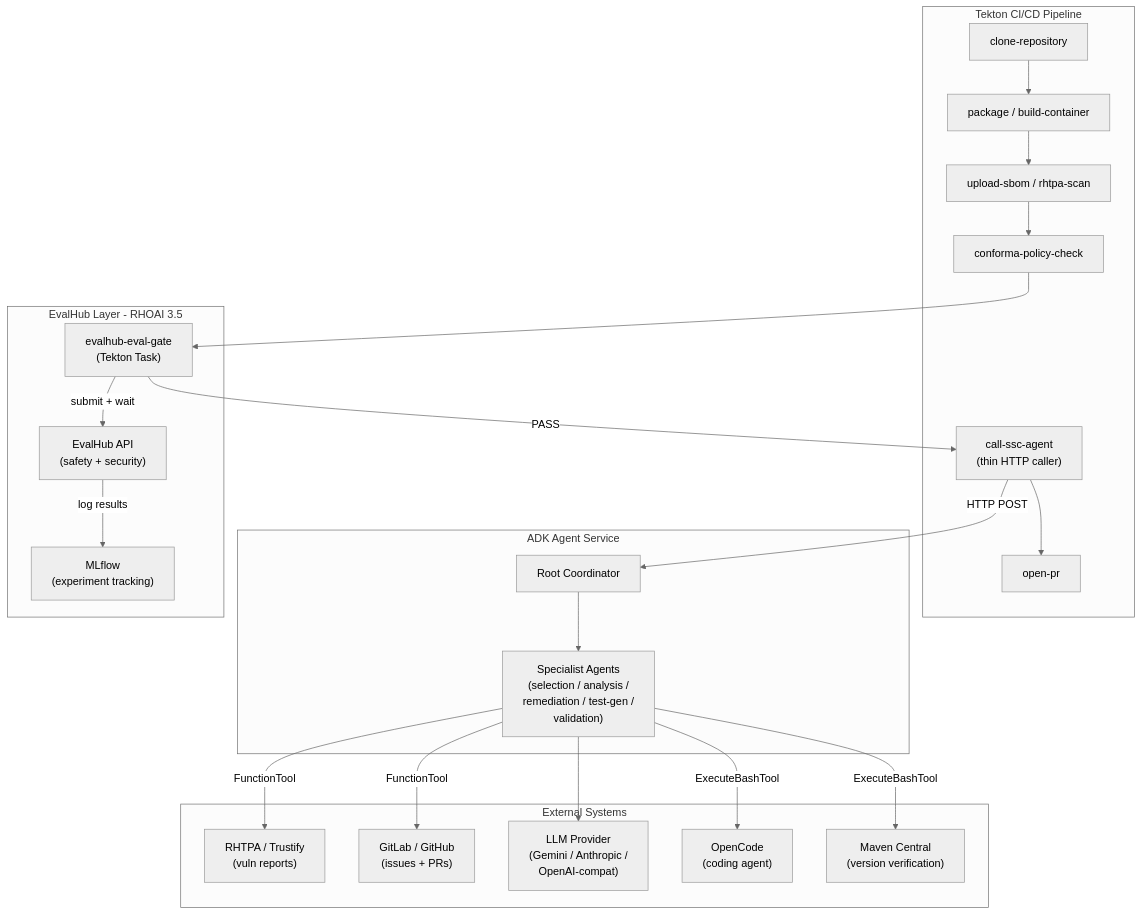
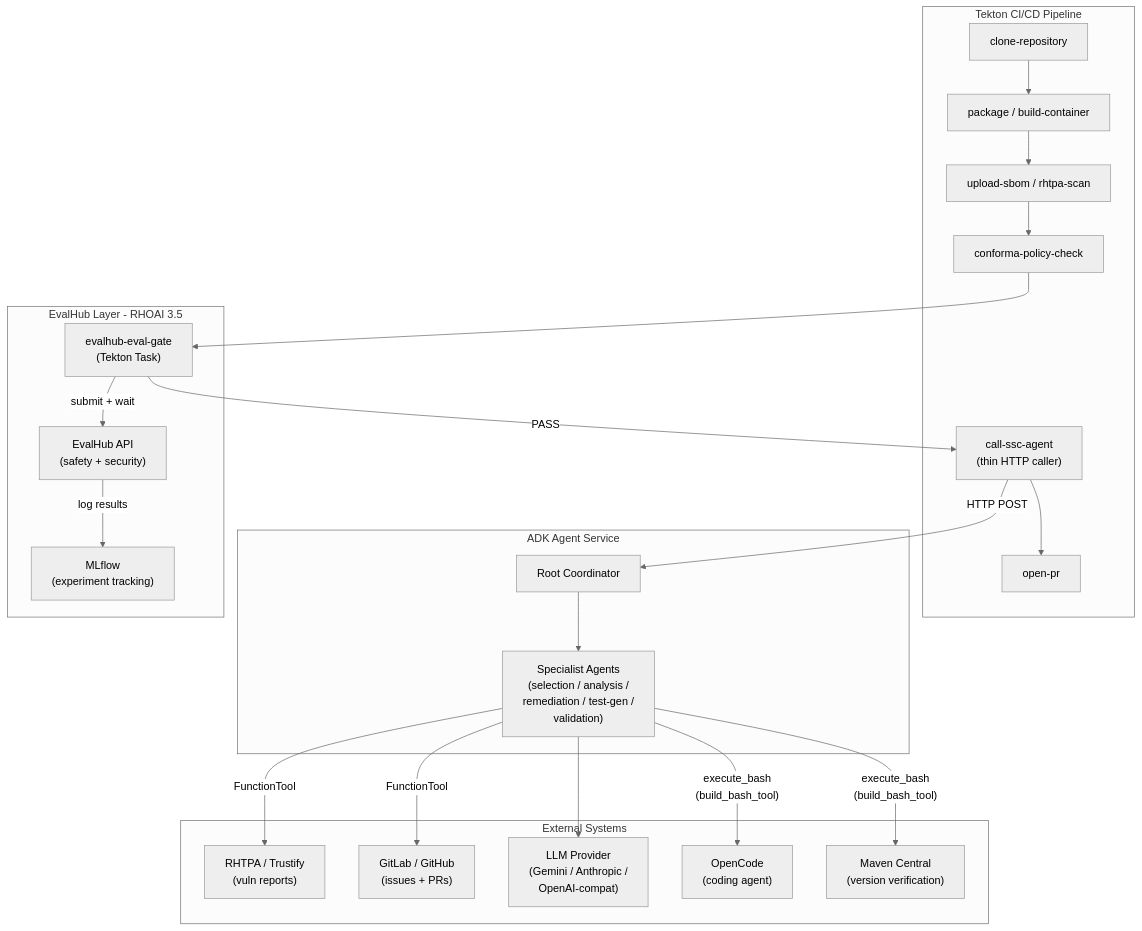
One commit to rrbanda/lw-agents changed the first of 13 diagrams in docs/architecture.md. Above: the diagram before and after it, drawn with Mermaid (neutral theme). The commit also changed other lines of this file and 24 other files, not shown here.

First line of the commit message:
Add interactive slide deck for agentic CVE remediation architecture

````diff
--- a/docs/architecture.md
+++ b/docs/architecture.md
@@ -16,44 +16,44 @@
 ```mermaid
 flowchart TB
     subgraph tektonPipeline [Tekton CI/CD Pipeline]
         clone[clone-repository]
         build[package / build-container]
         sbom[upload-sbom / rhtpa-scan]
         policy[conforma-policy-check]
         callAgent["call-ssc-agent\n(thin HTTP caller)"]
         openPR[open-pr]
     end
 
     subgraph adkAgent [ADK Agent Service]
         coordinator["Root Coordinator"]
         specialists["Specialist Agents\n(selection / analysis /\nremediation / test-gen /\nvalidation)"]
     end
 
     subgraph evalLayer [EvalHub Layer - RHOAI 3.5]
         evalGate["evalhub-eval-gate\n(Tekton Task)"]
         evalHub["EvalHub API\n(safety + security)"]
         mlflow["MLflow\n(experiment tracking)"]
     end
 
     subgraph external [External Systems]
         rhtpa["RHTPA / Trustify\n(vuln reports)"]
         scm["GitLab / GitHub\n(issues + PRs)"]
         llm["LLM Provider\n(Gemini / Anthropic /\nOpenAI-compat)"]
         opencode["OpenCode\n(coding agent)"]
         maven["Maven Central\n(version verification)"]
     end
 
     clone --> build --> sbom --> policy
     policy --> evalGate
     evalGate -->|"submit + wait"| evalHub
     evalHub -->|"log results"| mlflow
     evalGate -->|"PASS"| callAgent
     callAgent -->|"HTTP POST"| coordinator
     coordinator --> specialists
     specialists --> llm
-    specialists -->|"ExecuteBashTool"| opencode
-    specialists -->|"ExecuteBashTool"| maven
+    specialists -->|"execute_bash\n(build_bash_tool)"| opencode
+    specialists -->|"execute_bash\n(build_bash_tool)"| maven
     specialists -->|"FunctionTool"| scm
     specialists -->|"FunctionTool"| rhtpa
     callAgent --> openPR
 ```
````
